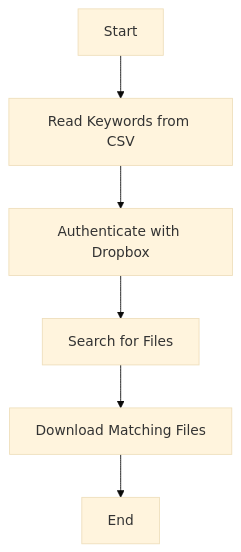
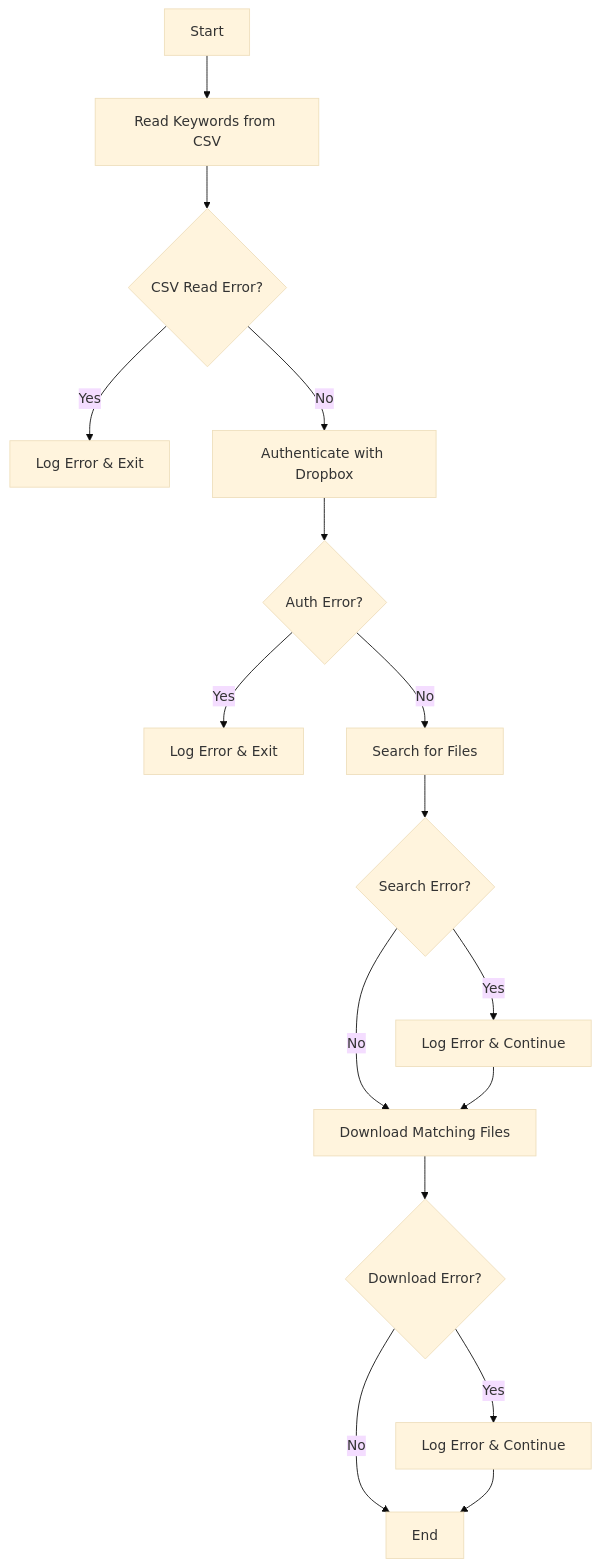
The diagram in README.md (GeekLord/dropbox_bulk_search_download), drawn with Mermaid (base theme) before and after one commit. The commit also changed other lines of this file, not shown here.

````diff
--- a/README.md
+++ b/README.md
@@ -156,8 +156,18 @@
 ```mermaid
 graph TD
     A[Start] --> B[Read Keywords from CSV]
-    B --> C[Authenticate with Dropbox]
-    C --> D[Search for Files]
-    D --> E[Download Matching Files]
-    E --> F[End]
+    B --> C{CSV Read Error?}
+    C -->|Yes| D[Log Error & Exit]
+    C -->|No| E[Authenticate with Dropbox]
+    E --> F{Auth Error?}
+    F -->|Yes| G[Log Error & Exit]
+    F -->|No| H[Search for Files]
+    H --> I{Search Error?}
+    I -->|Yes| J[Log Error & Continue]
+    I -->|No| K[Download Matching Files]
+    K --> L{Download Error?}
+    L -->|Yes| M[Log Error & Continue]
+    L -->|No| N[End]
+    J --> K
+    M --> N
 ```
````
